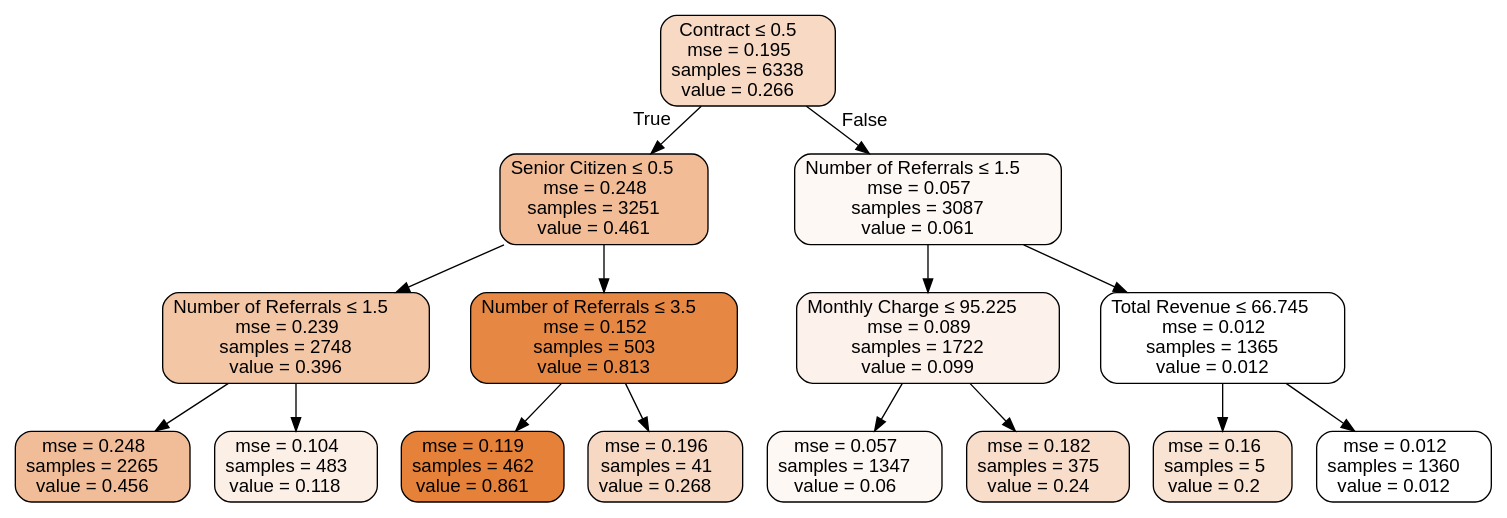
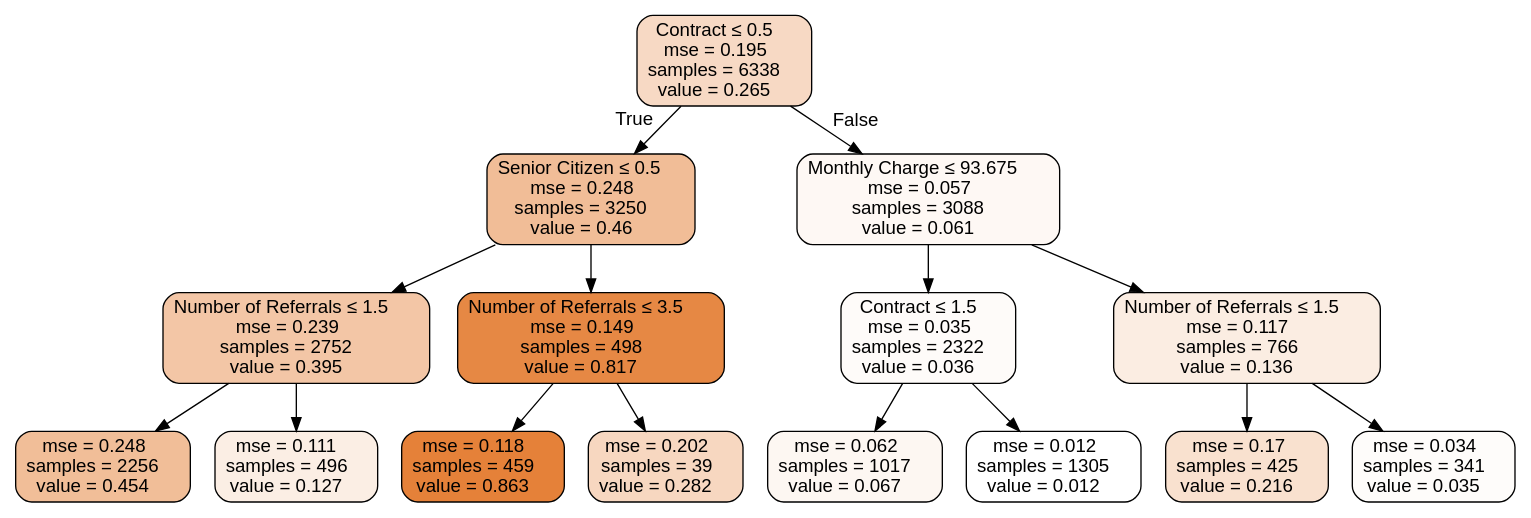
One commit to lucienwalewski/cse204project changed the diagram in src/Source.gv. Above: the diagram before and after it, drawn with Graphviz. The commit also changed 4 other files, not shown here.

```diff
--- a/src/Source.gv
+++ b/src/Source.gv
@@ -1,33 +1,33 @@
 digraph Tree {
 node [shape=box, style="filled, rounded", color="black", fontname=helvetica] ;
 edge [fontname=helvetica] ;
-0 [label=<Contract &le; 0.5<br/>mse = 0.195<br/>samples = 6338<br/>value = 0.266>, fillcolor="#f7d9c4"] ;
-1 [label=<Senior Citizen &le; 0.5<br/>mse = 0.248<br/>samples = 3251<br/>value = 0.461>, fillcolor="#f1bc96"] ;
+0 [label=<Contract &le; 0.5<br/>mse = 0.195<br/>samples = 6338<br/>value = 0.265>, fillcolor="#f7d9c4"] ;
+1 [label=<Senior Citizen &le; 0.5<br/>mse = 0.248<br/>samples = 3250<br/>value = 0.46>, fillcolor="#f1bd97"] ;
 0 -> 1 [labeldistance=2.5, labelangle=45, headlabel="True"] ;
-2 [label=<Number of Referrals &le; 1.5<br/>mse = 0.239<br/>samples = 2748<br/>value = 0.396>, fillcolor="#f3c6a5"] ;
+2 [label=<Number of Referrals &le; 1.5<br/>mse = 0.239<br/>samples = 2752<br/>value = 0.395>, fillcolor="#f3c6a6"] ;
 1 -> 2 ;
-3 [label=<mse = 0.248<br/>samples = 2265<br/>value = 0.456>, fillcolor="#f1bd98"] ;
+3 [label=<mse = 0.248<br/>samples = 2256<br/>value = 0.454>, fillcolor="#f1be98"] ;
 2 -> 3 ;
-4 [label=<mse = 0.104<br/>samples = 483<br/>value = 0.118>, fillcolor="#fcefe6"] ;
+4 [label=<mse = 0.111<br/>samples = 496<br/>value = 0.127>, fillcolor="#fbeee4"] ;
 2 -> 4 ;
-5 [label=<Number of Referrals &le; 3.5<br/>mse = 0.152<br/>samples = 503<br/>value = 0.813>, fillcolor="#e68844"] ;
+5 [label=<Number of Referrals &le; 3.5<br/>mse = 0.149<br/>samples = 498<br/>value = 0.817>, fillcolor="#e68844"] ;
 1 -> 5 ;
-6 [label=<mse = 0.119<br/>samples = 462<br/>value = 0.861>, fillcolor="#e58139"] ;
+6 [label=<mse = 0.118<br/>samples = 459<br/>value = 0.863>, fillcolor="#e58139"] ;
 5 -> 6 ;
-7 [label=<mse = 0.196<br/>samples = 41<br/>value = 0.268>, fillcolor="#f7d9c3"] ;
+7 [label=<mse = 0.202<br/>samples = 39<br/>value = 0.282>, fillcolor="#f7d7c0"] ;
 5 -> 7 ;
-8 [label=<Number of Referrals &le; 1.5<br/>mse = 0.057<br/>samples = 3087<br/>value = 0.061>, fillcolor="#fdf8f4"] ;
+8 [label=<Monthly Charge &le; 93.675<br/>mse = 0.057<br/>samples = 3088<br/>value = 0.061>, fillcolor="#fef8f4"] ;
 0 -> 8 [labeldistance=2.5, labelangle=-45, headlabel="False"] ;
-9 [label=<Monthly Charge &le; 95.225<br/>mse = 0.089<br/>samples = 1722<br/>value = 0.099>, fillcolor="#fcf2eb"] ;
+9 [label=<Contract &le; 1.5<br/>mse = 0.035<br/>samples = 2322<br/>value = 0.036>, fillcolor="#fefbf9"] ;
 8 -> 9 ;
-10 [label=<mse = 0.057<br/>samples = 1347<br/>value = 0.06>, fillcolor="#fef8f4"] ;
+10 [label=<mse = 0.062<br/>samples = 1017<br/>value = 0.067>, fillcolor="#fdf7f2"] ;
 9 -> 10 ;
-11 [label=<mse = 0.182<br/>samples = 375<br/>value = 0.24>, fillcolor="#f8ddca"] ;
+11 [label=<mse = 0.012<br/>samples = 1305<br/>value = 0.012>, fillcolor="#ffffff"] ;
 9 -> 11 ;
-12 [label=<Total Revenue &le; 66.745<br/>mse = 0.012<br/>samples = 1365<br/>value = 0.012>, fillcolor="#ffffff"] ;
+12 [label=<Number of Referrals &le; 1.5<br/>mse = 0.117<br/>samples = 766<br/>value = 0.136>, fillcolor="#fbede2"] ;
 8 -> 12 ;
-13 [label=<mse = 0.16<br/>samples = 5<br/>value = 0.2>, fillcolor="#f9e3d3"] ;
+13 [label=<mse = 0.17<br/>samples = 425<br/>value = 0.216>, fillcolor="#f9e1cf"] ;
 12 -> 13 ;
-14 [label=<mse = 0.012<br/>samples = 1360<br/>value = 0.012>, fillcolor="#ffffff"] ;
+14 [label=<mse = 0.034<br/>samples = 341<br/>value = 0.035>, fillcolor="#fefcfa"] ;
 12 -> 14 ;
 }
```
